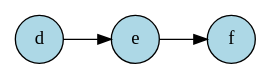
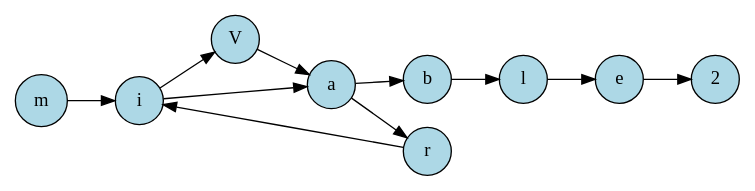
One commit to TheDavidF/Analizador-l-xico-y-Sint-ctico changed the diagram in graph.dot. Above: the diagram before and after it, drawn with Graphviz. The commit also changed 2 other files, not shown here.

```diff
--- a/graph.dot
+++ b/graph.dot
@@ -1,4 +1,4 @@
 digraph G {
    node [shape = circle, style = filled, fillcolor = lightblue]
    rankdir=LR
-"d"->"e"->"f"}
+"m"->"i"->"V"->"a"->"r"->"i"->"a"->"b"->"l"->"e"->"2"}
```
